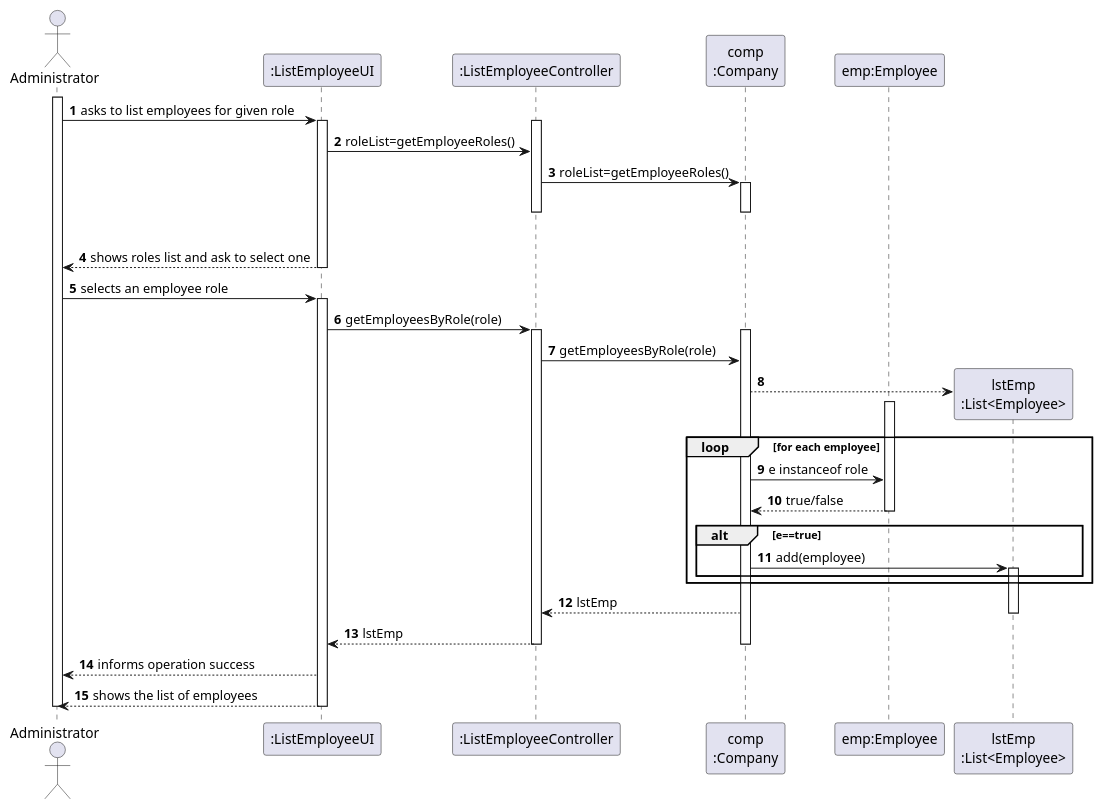
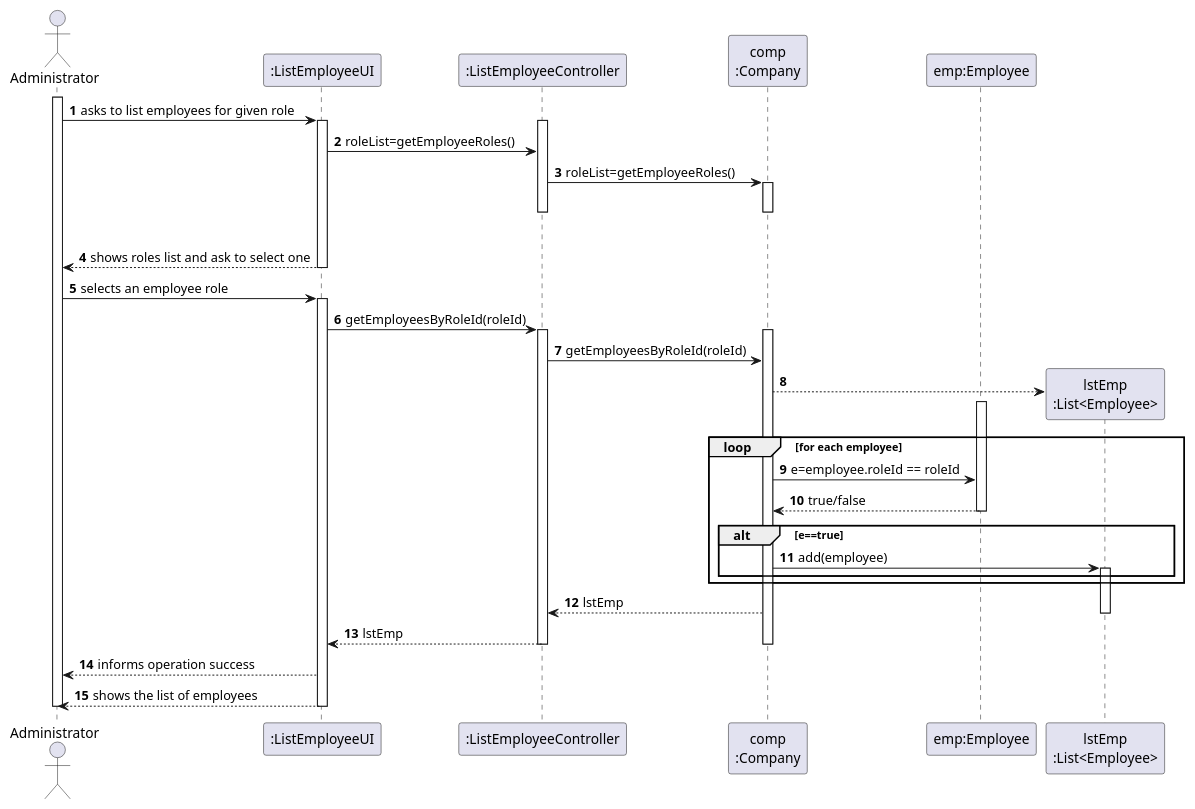
Before and after one commit to miseEnPlace-i/lapr2: the diagram in docs/SprintB/US11/SD/US11_SD.puml, drawn with PlantUML. The commit also changed 6 other files, not shown here.

```diff
--- a/docs/SprintB/US11/SD/US11_SD.puml
+++ b/docs/SprintB/US11/SD/US11_SD.puml
@@ -1,62 +1,62 @@
 @startuml
 autonumber
 'hide footbox
 actor "Administrator" as ADM
 
 participant ":ListEmployeeUI" as UI
 participant ":ListEmployeeController" as CTRL
 participant "comp\n:Company" as COMP
 participant "emp:Employee" as EMP
 
 activate ADM
 ADM -> UI : asks to list employees for given role
 activate UI
 activate CTRL
 UI -> CTRL : roleList=getEmployeeRoles()
 
 CTRL -> COMP : roleList=getEmployeeRoles()
 activate COMP
 |||
 deactivate COMP
 deactivate CTRL
 
 UI --> ADM : shows roles list and ask to select one
 deactivate UI
 
 ADM -> UI : selects an employee role
 activate UI
 
-UI -> CTRL : getEmployeesByRole(role)
+UI -> CTRL : getEmployeesByRoleId(roleId)
 activate CTRL
 
 activate COMP
-CTRL -> COMP: getEmployeesByRole(role)
+CTRL -> COMP: getEmployeesByRoleId(roleId)
 create "lstEmp\n:List<Employee>" as LST
 COMP --> LST
 
 loop for each employee
   activate EMP
-    COMP -> EMP: e instanceof role
+    COMP -> EMP: e=employee.roleId == roleId
     EMP --> COMP: true/false
   deactivate EMP
     alt e==true
         COMP -> LST: add(employee)
       activate LST
     end
 end
 
 COMP --> CTRL: lstEmp
 deactivate LST
 CTRL --> UI: lstEmp
 
 deactivate COMP
 deactivate CTRL
 UI --> ADM : informs operation success
 UI --> ADM: shows the list of employees
 deactivate UI
 
 deactivate UI
 deactivate CTRL
 deactivate ADM
 
 @enduml
```
